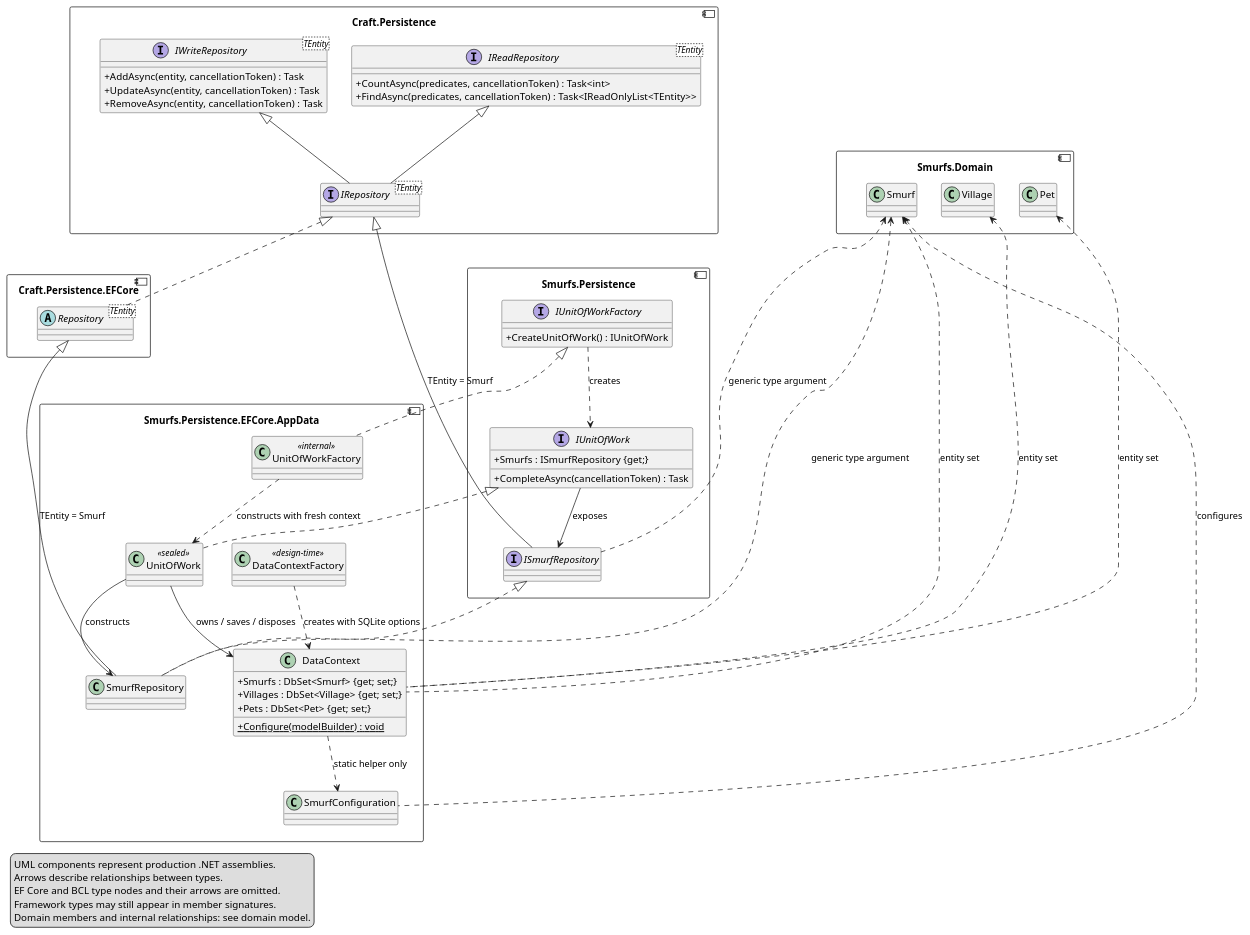
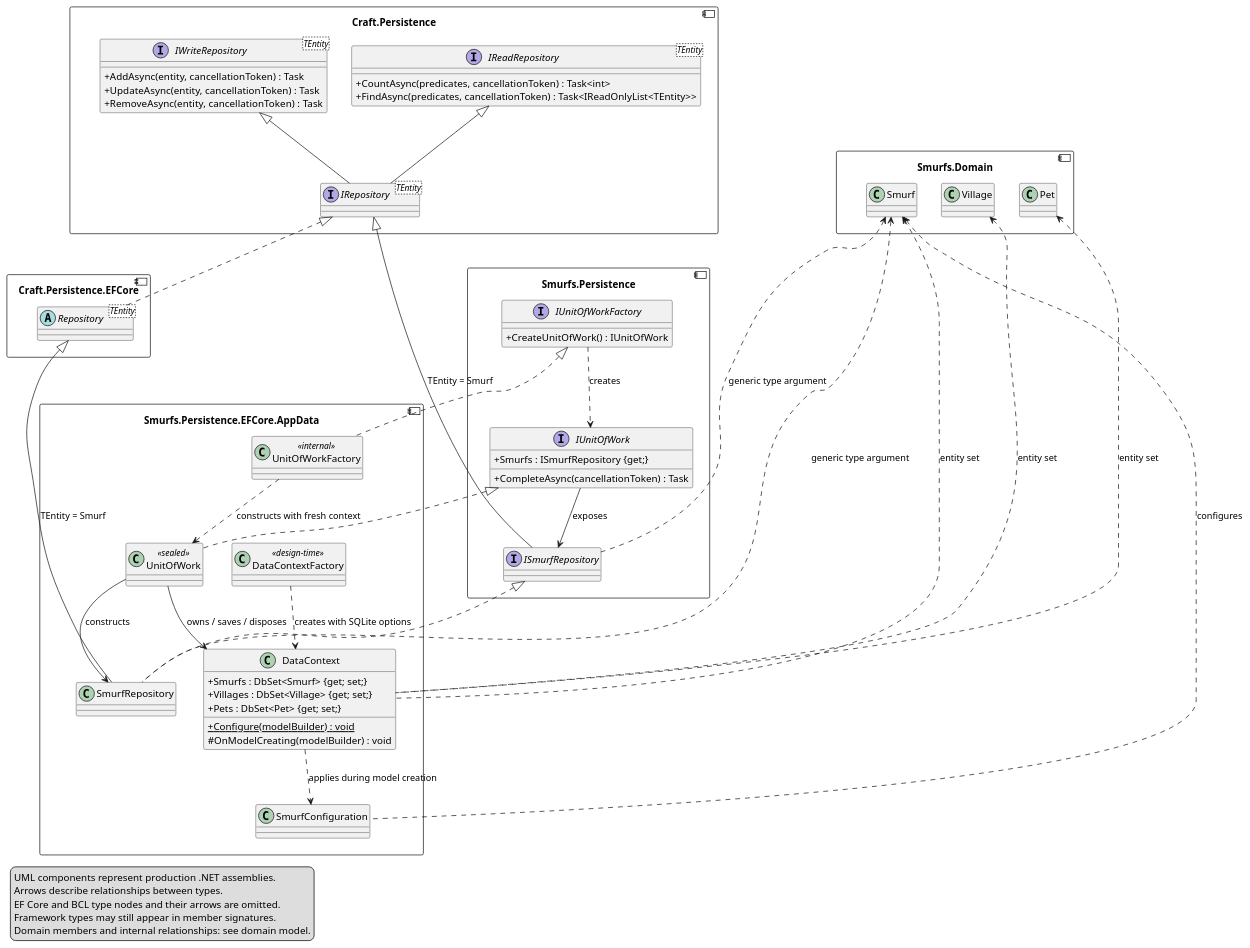
The diagram in docs/structural/diagrams/persistence-architecture.puml (EbbeMeloSorensen/Smurfs), drawn with PlantUML before and after one commit. The commit also changed 14 other files, not shown here.

```diff
--- a/docs/structural/diagrams/persistence-architecture.puml
+++ b/docs/structural/diagrams/persistence-architecture.puml
@@ -1,85 +1,86 @@
 @startuml
 allowmixing
 skinparam componentStyle uml2
 skinparam classAttributeIconSize 0
 top to bottom direction
 component "Craft.Persistence" as CraftContracts {
   interface "IReadRepository<TEntity>" as IRead {
     +CountAsync(predicates, cancellationToken) : Task<int>
     +FindAsync(predicates, cancellationToken) : Task<IReadOnlyList<TEntity>>
   }
   interface "IWriteRepository<TEntity>" as IWrite {
     +AddAsync(entity, cancellationToken) : Task
     +UpdateAsync(entity, cancellationToken) : Task
     +RemoveAsync(entity, cancellationToken) : Task
   }
   interface "IRepository<TEntity>" as IRepository
 }
 component "Craft.Persistence.EFCore" as CraftEF {
   abstract class "Repository<TEntity>" as Repository
 }
 component "Smurfs.Persistence" as SmurfContracts {
   interface ISmurfRepository
   interface IUnitOfWork {
     +Smurfs : ISmurfRepository {get;}
     +CompleteAsync(cancellationToken) : Task
   }
   interface IUnitOfWorkFactory {
     +CreateUnitOfWork() : IUnitOfWork
   }
 }
 component "Smurfs.Persistence.EFCore.AppData" as AppData {
   class SmurfRepository
   class UnitOfWork <<sealed>>
   class UnitOfWorkFactory <<internal>>
   class DataContext {
     +Smurfs : DbSet<Smurf> {get; set;}
     +Villages : DbSet<Village> {get; set;}
     +Pets : DbSet<Pet> {get; set;}
     {static} +Configure(modelBuilder) : void
+    #OnModelCreating(modelBuilder) : void
   }
   class DataContextFactory <<design-time>>
   class SmurfConfiguration
 }
 component "Smurfs.Domain" as Domain {
   class Smurf
   class Village
   class Pet
 }
 
 ' Invisible layout constraints only; these are not assembly references.
 CraftContracts -[hidden]right- Domain
 CraftContracts -[hidden]down-> CraftEF
 Domain -[hidden]down-> SmurfContracts
 CraftEF -[hidden]down-> AppData
 SmurfContracts -[hidden]down-> AppData
 
 IRead <|-- IRepository
 IWrite <|-- IRepository
 IRepository <|.. Repository
 IRepository <|-- ISmurfRepository : TEntity = Smurf
 Repository <|-- SmurfRepository : TEntity = Smurf
 ISmurfRepository <|.. SmurfRepository
 ISmurfRepository .up.> Smurf : generic type argument
 SmurfRepository .up.> Smurf : generic type argument
 SmurfConfiguration .up.> Smurf : configures
 DataContext .up.> Smurf : entity set
 DataContext .up.> Village : entity set
 DataContext .up.> Pet : entity set
 IUnitOfWork <|.. UnitOfWork
 IUnitOfWorkFactory <|.. UnitOfWorkFactory
 IUnitOfWork --> ISmurfRepository : exposes
 IUnitOfWorkFactory ..> IUnitOfWork : creates
 UnitOfWork --> SmurfRepository : constructs
 UnitOfWork --> DataContext : owns / saves / disposes
 UnitOfWorkFactory ..> UnitOfWork : constructs with fresh context
 DataContextFactory ..> DataContext : creates with SQLite options
-DataContext ..> SmurfConfiguration : static helper only
+DataContext ..> SmurfConfiguration : applies during model creation
 legend bottom left
   UML components represent production .NET assemblies.
   Arrows describe relationships between types.
   EF Core and BCL type nodes and their arrows are omitted.
   Framework types may still appear in member signatures.
   Domain members and internal relationships: see domain model.
 endlegend
 @enduml
```
